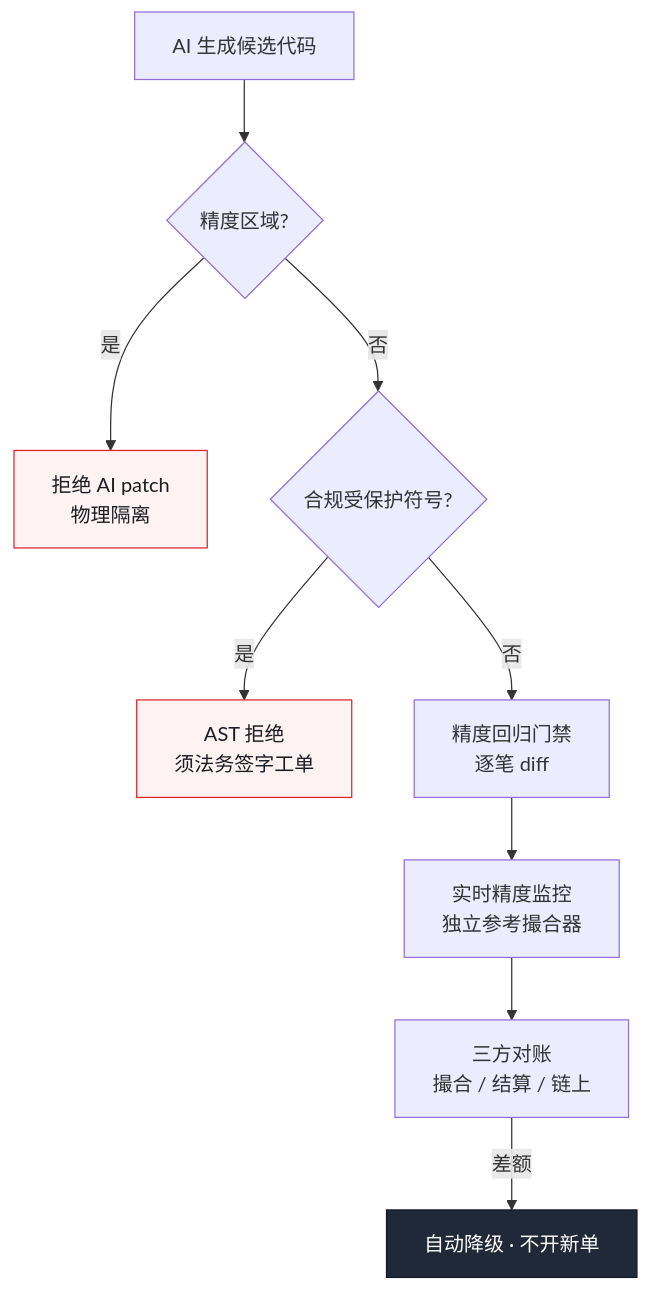
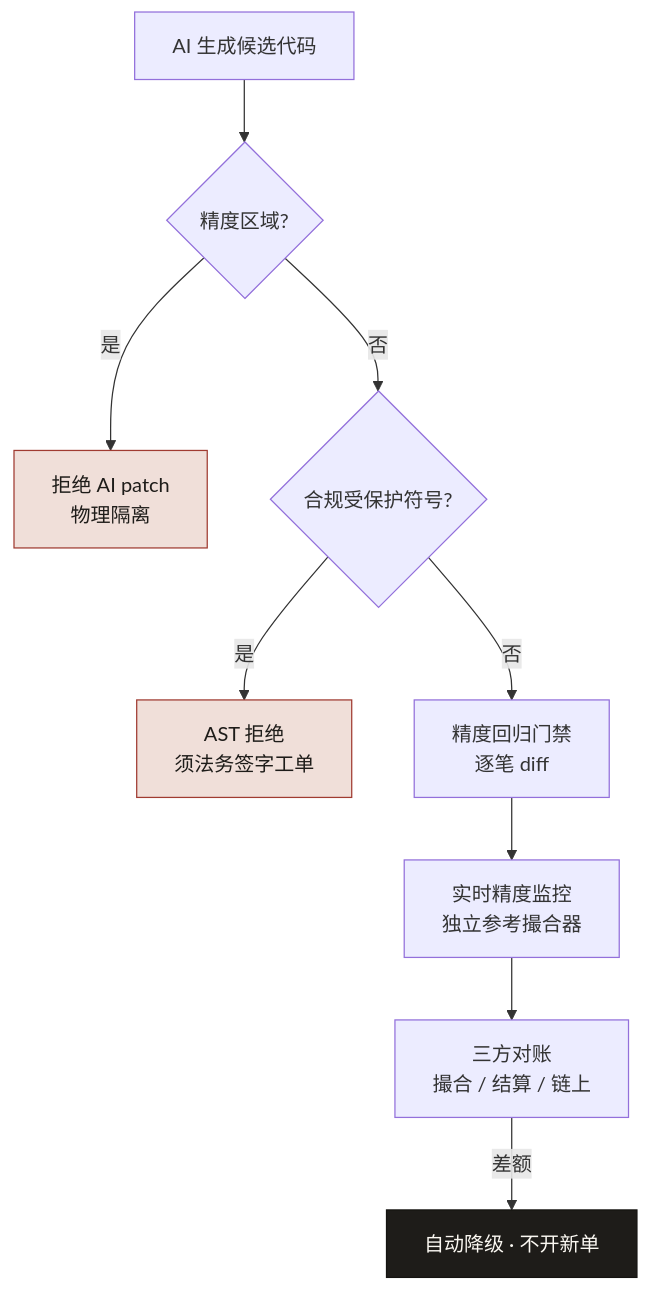
Before and after one commit to funny8kids/AI_Native_Software_Engineering: the third of 3 diagrams in docs/manuscript/ch35-案例二-海星交易所.md, drawn with Mermaid. The commit also changed other lines of this file and 81 other files, not shown here.

````diff
--- a/docs/manuscript/ch35-案例二-海星交易所.md
+++ b/docs/manuscript/ch35-案例二-海星交易所.md
@@ -242,14 +242,14 @@
 ```mermaid
 flowchart TB
   AI[AI 生成候选代码] --> C1{精度区域?}
   C1 -->|是| R1[拒绝 AI patch<br/>物理隔离]
   C1 -->|否| C2{合规受保护符号?}
   C2 -->|是| R2[AST 拒绝<br/>须法务签字工单]
   C2 -->|否| CI[精度回归门禁<br/>逐笔 diff]
   CI --> MON[实时精度监控<br/>独立参考撮合器]
   MON --> REC[三方对账<br/>撮合 / 结算 / 链上]
   REC -->|差额| STOP[自动降级 · 不开新单]
-  style R1 fill:#fef2f2,stroke:#dc2626,color:#1a1d23
-  style R2 fill:#fef2f2,stroke:#dc2626,color:#1a1d23
-  style STOP fill:#1f2937,stroke:#111827,color:#fff
+  style R1 fill:#f0dfd9,stroke:#a03b31,color:#1e1c19
+  style R2 fill:#f0dfd9,stroke:#a03b31,color:#1e1c19
+  style STOP fill:#1e1c19,stroke:#141310,color:#fbf8f2
 ```
````
